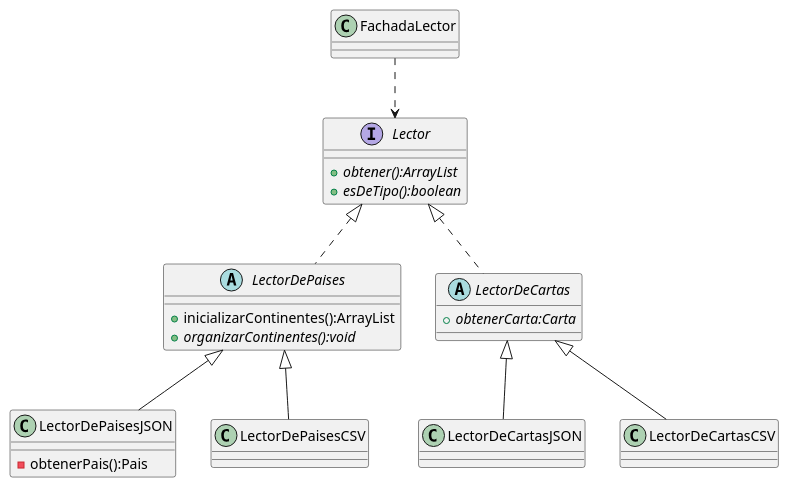
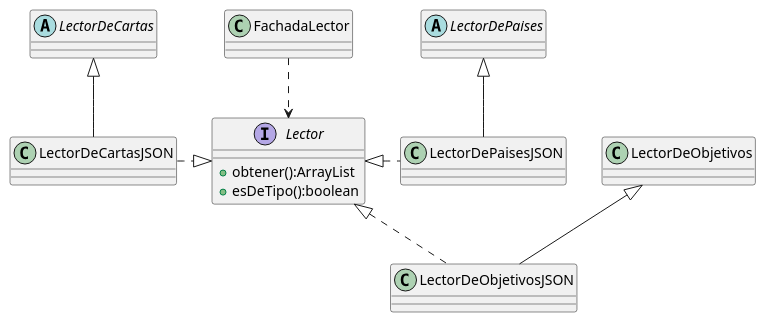
The diagram in docs/diagramasUML/diagramaLector.puml (nauee/Algo3-TP2), drawn with PlantUML before and after one commit. The commit also changed 2 other files, not shown here.

Commit message:
actualizacion diagramas de clase

```diff
--- a/docs/diagramasUML/diagramaLector.puml
+++ b/docs/diagramasUML/diagramaLector.puml
@@ -1,41 +1,34 @@
 @startuml
 
-class FachadaLector{
-
-}
 interface Lector{
-    +{abstract}obtener():ArrayList
-    +{abstract}esDeTipo():boolean
-}
-class LectorDeCartasJSON {
-
-}
-class LectorDePaisesJSON {
-    -obtenerPais():Pais
-}
-class LectorDeCartasCSV {
-
-}
-
-class LectorDePaisesCSV {
-
+    +obtener():ArrayList
+    +esDeTipo():boolean
 }
 
 abstract class LectorDePaises{
-    +inicializarContinentes():ArrayList
-    +{abstract}organizarContinentes():void
 }
 
 abstract class LectorDeCartas{
-    +{abstract}obtenerCarta:Carta
+}
+
+class LectorDeCartasJSON {
+}
+
+class LectorDePaisesJSON {
+}
+
+class LectorDeObjetivos {
+}
+
+class LectorDeObjetivosJSON{
 }
 
 FachadaLector ..> Lector
-Lector <|.. LectorDePaises
-Lector <|.. LectorDeCartas
+Lector <|.right.LectorDePaisesJSON
+Lector <|.left. LectorDeCartasJSON
+Lector <|.. LectorDeObjetivosJSON
 LectorDeCartas <|-- LectorDeCartasJSON
-LectorDeCartas <|-- LectorDeCartasCSV
 LectorDePaises <|-- LectorDePaisesJSON
-LectorDePaises <|-- LectorDePaisesCSV
+LectorDeObjetivos <|-- LectorDeObjetivosJSON
 
 @enduml
```
